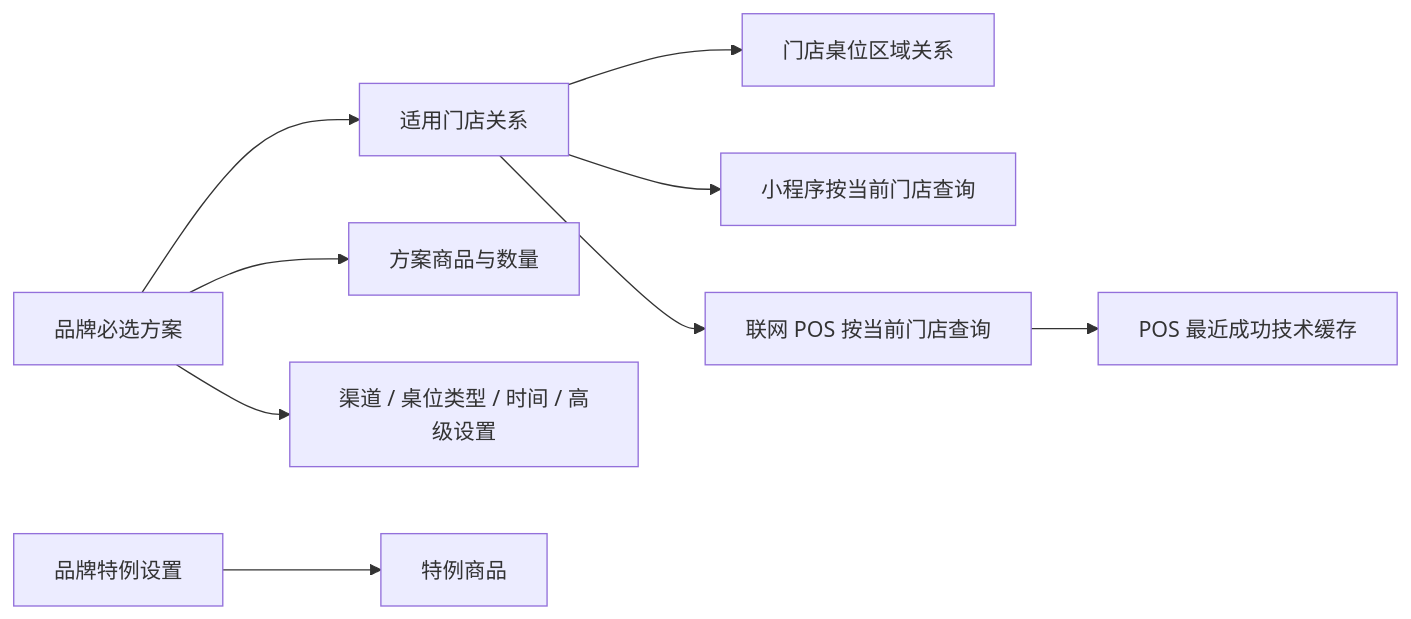
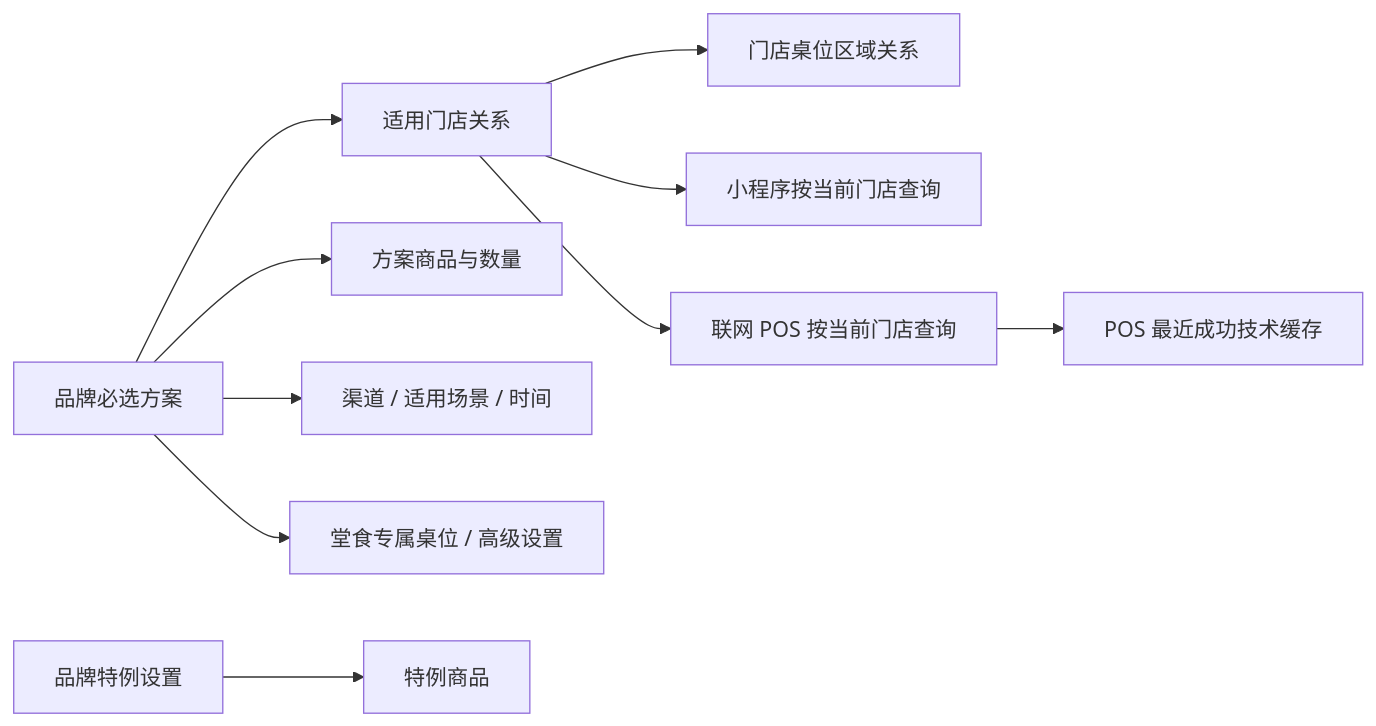
One commit to honmeytown10-code/product-center changed the first of 3 diagrams in docs/需求文档/必选商品/P01-必选商品方案与门店执行.md. Above: the diagram before and after it, drawn with Mermaid. The commit also changed other lines of this file and 6 other files, not shown here.

````diff
--- a/docs/需求文档/必选商品/P01-必选商品方案与门店执行.md
+++ b/docs/需求文档/必选商品/P01-必选商品方案与门店执行.md
@@ -58,11 +58,12 @@
 ```mermaid
 flowchart LR
   A[品牌必选方案] --> B[适用门店关系]
   A --> C[方案商品与数量]
-  A --> D[渠道 / 桌位类型 / 时间 / 高级设置]
+  A --> D[渠道 / 适用场景 / 时间]
+  A --> D1[堂食专属桌位 / 高级设置]
   B --> R[门店桌位区域关系]
   E[品牌特例设置] --> F[特例商品]
   B --> G[小程序按当前门店查询]
   B --> H[联网 POS 按当前门店查询]
   H --> I[POS 最近成功技术缓存]
 ```
````
